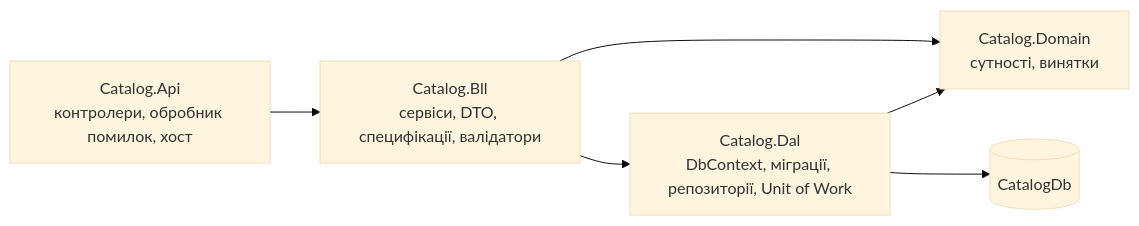
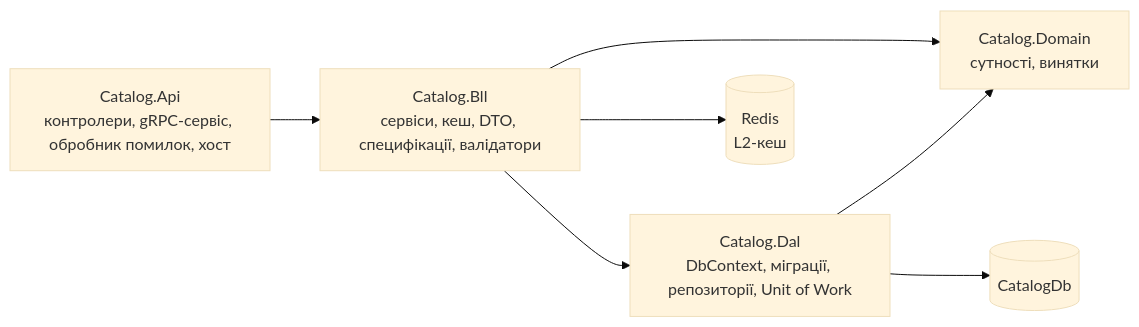
Before and after one commit to totalbyte/dotnet-practice: the first of 2 diagrams in docs/catalog-service.md, drawn with Mermaid (base theme). The commit also changed other lines of this file and 13 other files, not shown here.

Commit message:
docs: describe gRPC contracts, Catalog cache and HTTP vs gRPC comparison

````diff
--- a/docs/catalog-service.md
+++ b/docs/catalog-service.md
@@ -9,8 +9,9 @@
 ```mermaid
 flowchart LR
-    Api["Catalog.Api<br/>контролери, обробник помилок, хост"] --> Bll["Catalog.Bll<br/>сервіси, DTO, специфікації, валідатори"]
+    Api["Catalog.Api<br/>контролери, gRPC-сервіс, обробник помилок, хост"] --> Bll["Catalog.Bll<br/>сервіси, кеш, DTO, специфікації, валідатори"]
     Bll --> Dal["Catalog.Dal<br/>DbContext, міграції, репозиторії, Unit of Work"]
     Bll --> Domain["Catalog.Domain<br/>сутності, винятки"]
+    Bll --> Redis[("Redis<br/>L2-кеш")]
     Dal --> Domain
     Dal --> Db[("CatalogDb")]
 ```
````
